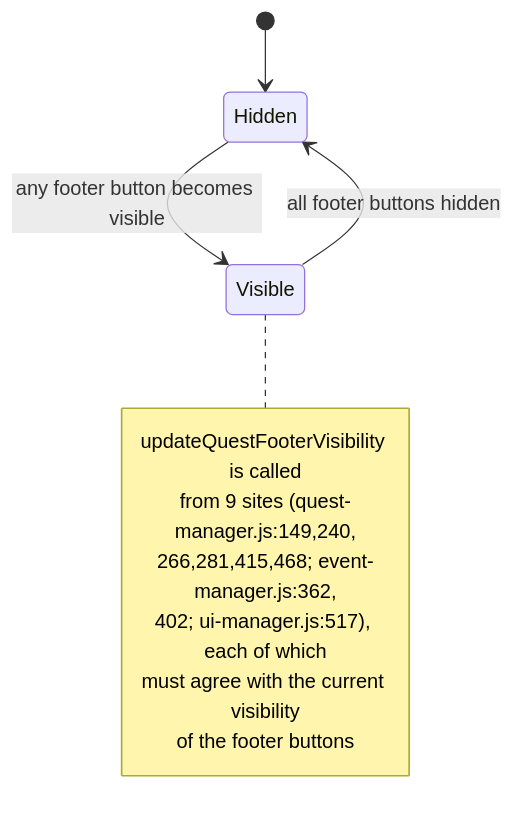
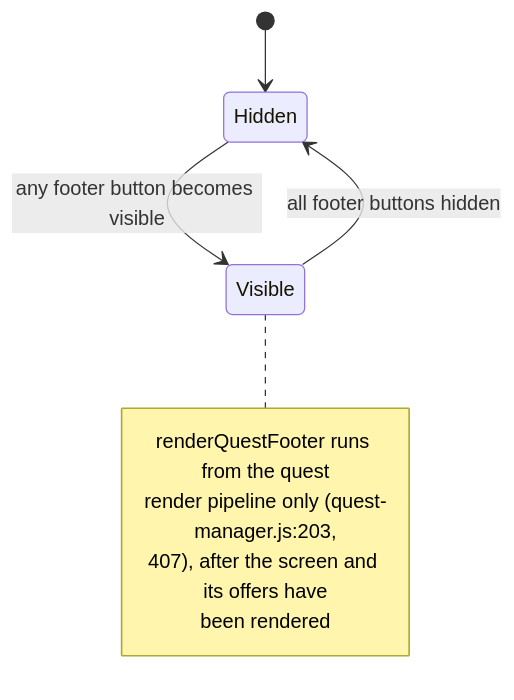
One commit to ghmer/rego-adventure changed diagram 21 of 49 in docu/state-machines.md. Above: the diagram before and after it, drawn with Mermaid. The commit also changed other lines of this file and 14 other files, not shown here.

````diff
--- a/docu/state-machines.md
+++ b/docu/state-machines.md
@@ -779,14 +779,12 @@
 ```mermaid
 stateDiagram-v2
     [*] --> Hidden
     Hidden --> Visible : any footer button becomes visible
     Visible --> Hidden : all footer buttons hidden
     note right of Visible
-        updateQuestFooterVisibility is called
-        from 9 sites (quest-manager.js:149,240,
-        266,281,415,468; event-manager.js:362,
-        402; ui-manager.js:517), each of which
-        must agree with the current visibility
-        of the footer buttons
+        renderQuestFooter runs from the quest
+        render pipeline only (quest-manager.js:203,
+        407), after the screen and its offers have
+        been rendered
     end note
 ```
````
